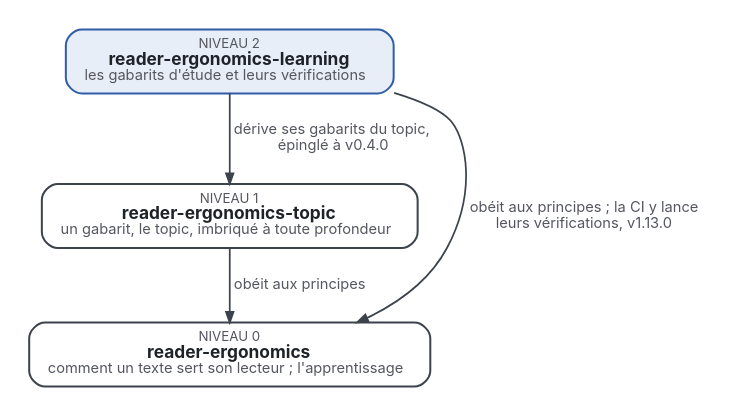
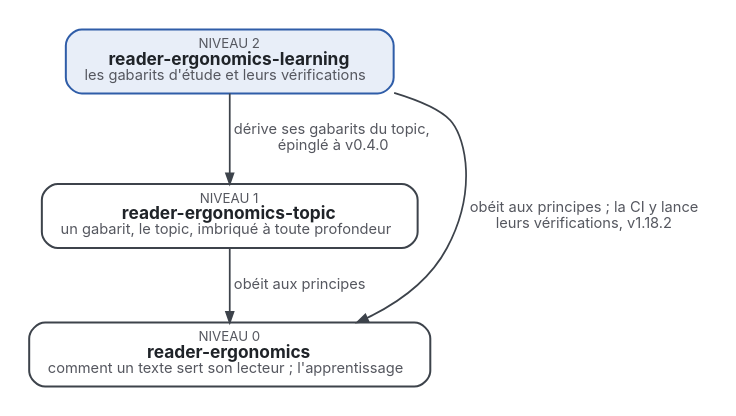
The diagram in where-it-sits.fr.dot (Tewf/reader-ergonomics-learning), drawn with Graphviz before and after one commit. The commit also changed 32 other files, not shown here.

```diff
--- a/where-it-sits.fr.dot
+++ b/where-it-sits.fr.dot
@@ -1,11 +1,11 @@
 digraph niveaux {
   graph [rankdir=TB, nodesep=0.6, ranksep=0.6, bgcolor="white", pad=0.2, fontname="Inter"];
   node  [shape=box, style="rounded,filled", fontname="Inter", fontsize=13, margin="0.2,0.1", penwidth=1.5, fontcolor="#1F2328"];
   edge  [fontname="Inter", fontsize=11, color="#3D434B", fontcolor="#55575F", penwidth=1.3, arrowsize=0.8];
   L [label=<<font point-size="10" color="#55575F">NIVEAU 2</font><br/><b>reader-ergonomics-learning</b><br/><font point-size="11" color="#55575F">les gabarits d'étude et leurs vérifications</font>>, fillcolor="#E8EEF8", color="#2F5DA8"];
   T [label=<<font point-size="10" color="#55575F">NIVEAU 1</font><br/><b>reader-ergonomics-topic</b><br/><font point-size="11" color="#55575F">un gabarit, le topic, imbriqué à toute profondeur</font>>, fillcolor="#FFFFFF", color="#3D434B"];
   R [label=<<font point-size="10" color="#55575F">NIVEAU 0</font><br/><b>reader-ergonomics</b><br/><font point-size="11" color="#55575F">comment un texte sert son lecteur ; l'apprentissage</font>>, fillcolor="#FFFFFF", color="#3D434B"];
   L -> T [label=<  dérive ses gabarits du topic,<br/>  épinglé à v0.4.0>];
   T -> R [label=<  obéit aux principes>];
-  L -> R [label=<  obéit aux principes ; la CI y lance<br/>  leurs vérifications, v1.13.0>, constraint=false];
+  L -> R [label=<  obéit aux principes ; la CI y lance<br/>  leurs vérifications, v1.18.2>, constraint=false];
 }
```
